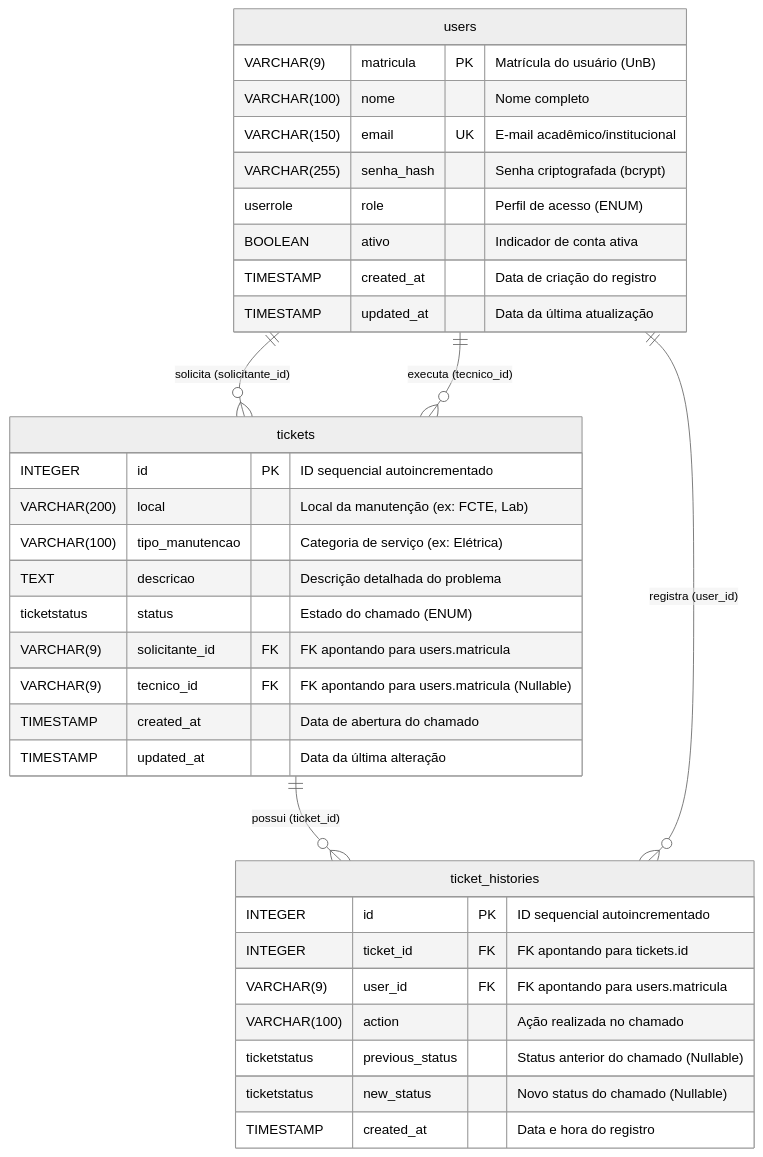
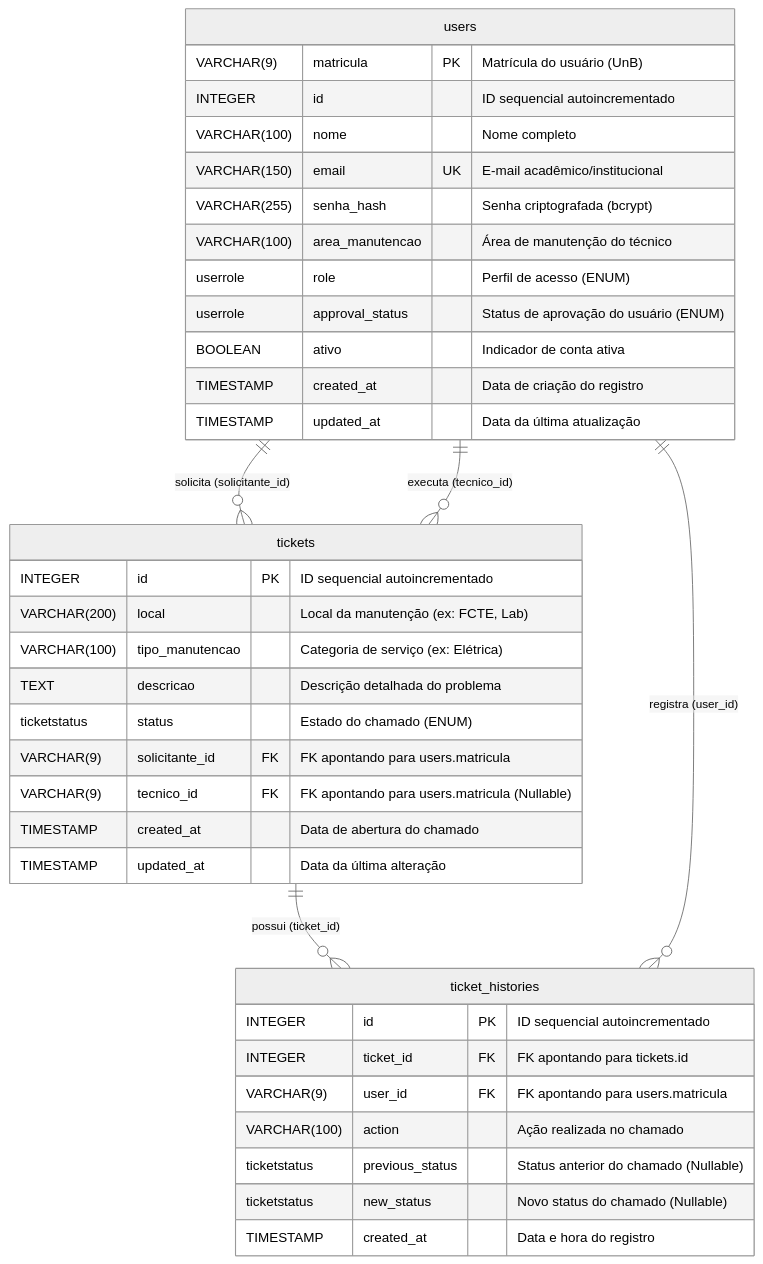
The diagram in docs/DB_VISION.md (FGA0138-MDS-Ajax/2026.1-T03-Parnas), drawn with Mermaid (neutral theme) before and after one commit. The commit also changed other lines of this file and 6 other files, not shown here.

````diff
--- a/docs/DB_VISION.md
+++ b/docs/DB_VISION.md
@@ -11,40 +11,43 @@
 ```mermaid
 erDiagram
     users {
         VARCHAR(9) matricula PK "Matrícula do usuário (UnB)"
+        INTEGER id "ID sequencial autoincrementado"
         VARCHAR(100) nome "Nome completo"
         VARCHAR(150) email UK "E-mail acadêmico/institucional"
         VARCHAR(255) senha_hash "Senha criptografada (bcrypt)"
+        VARCHAR(100) area_manutencao "Área de manutenção do técnico"
         userrole role "Perfil de acesso (ENUM)"
+        userrole approval_status "Status de aprovação do usuário (ENUM)"
         BOOLEAN ativo "Indicador de conta ativa"
         TIMESTAMP created_at "Data de criação do registro"
         TIMESTAMP updated_at "Data da última atualização"
     }
 
     tickets {
         INTEGER id PK "ID sequencial autoincrementado"
         VARCHAR(200) local "Local da manutenção (ex: FCTE, Lab)"
         VARCHAR(100) tipo_manutencao "Categoria de serviço (ex: Elétrica)"
         TEXT descricao "Descrição detalhada do problema"
         ticketstatus status "Estado do chamado (ENUM)"
         VARCHAR(9) solicitante_id FK "FK apontando para users.matricula"
         VARCHAR(9) tecnico_id FK "FK apontando para users.matricula (Nullable)"
         TIMESTAMP created_at "Data de abertura do chamado"
         TIMESTAMP updated_at "Data da última alteração"
     }
 
     ticket_histories {
         INTEGER id PK "ID sequencial autoincrementado"
         INTEGER ticket_id FK "FK apontando para tickets.id"
         VARCHAR(9) user_id FK "FK apontando para users.matricula"
         VARCHAR(100) action "Ação realizada no chamado"
         ticketstatus previous_status "Status anterior do chamado (Nullable)"
         ticketstatus new_status "Novo status do chamado (Nullable)"
         TIMESTAMP created_at "Data e hora do registro"
     }
 
     users ||--o{ tickets : "solicita (solicitante_id)"
     users ||--o{ tickets : "executa (tecnico_id)"
     tickets ||--o{ ticket_histories : "possui (ticket_id)"
     users ||--o{ ticket_histories : "registra (user_id)"
 ```
````
